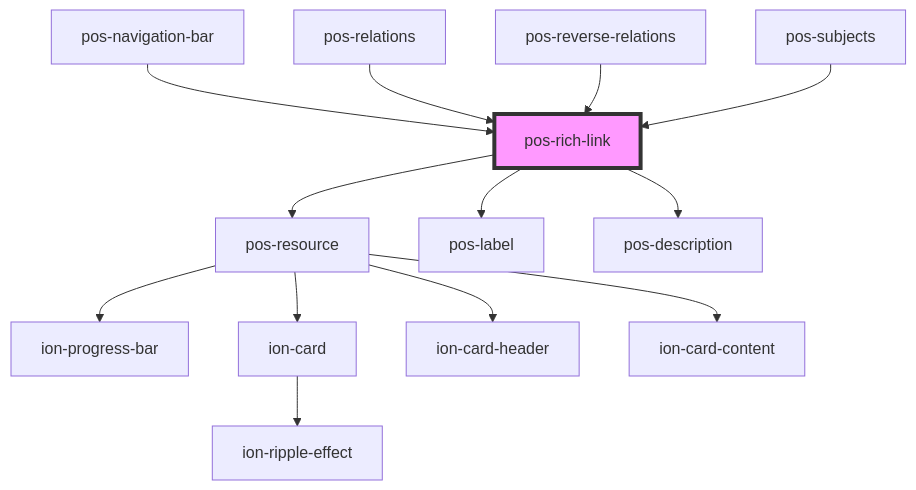
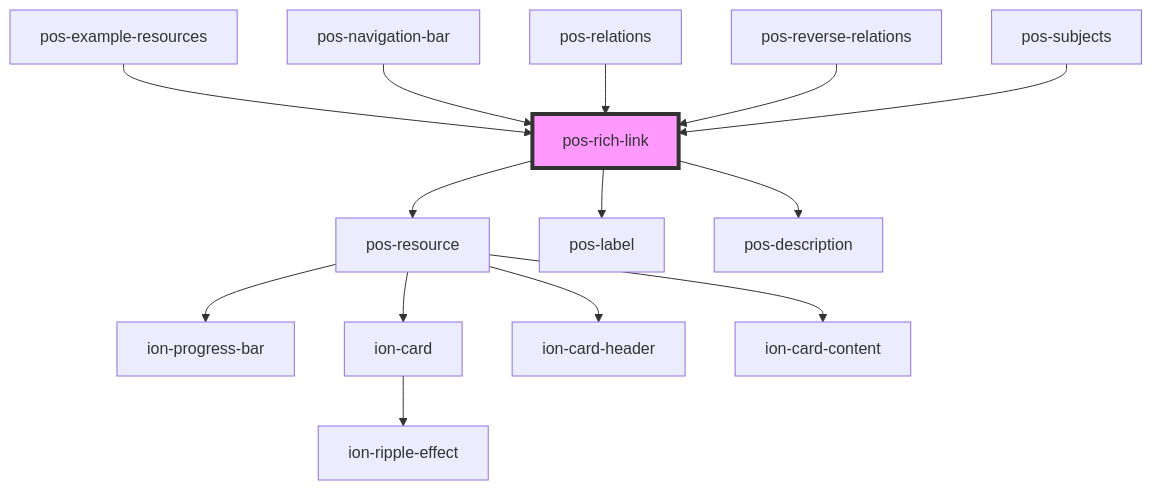
The diagram in docs/elements/components/pos-rich-link/readme.md (pod-os/PodOS), drawn with Mermaid before and after one commit. The commit also changed other lines of this file and 9 other files, not shown here.

````diff
--- a/docs/elements/components/pos-rich-link/readme.md
+++ b/docs/elements/components/pos-rich-link/readme.md
@@ -38,16 +39,17 @@
 ```mermaid
 graph TD;
   pos-rich-link --> pos-resource
   pos-rich-link --> pos-label
   pos-rich-link --> pos-description
   pos-resource --> ion-progress-bar
   pos-resource --> ion-card
   pos-resource --> ion-card-header
   pos-resource --> ion-card-content
   ion-card --> ion-ripple-effect
+  pos-example-resources --> pos-rich-link
   pos-navigation-bar --> pos-rich-link
   pos-relations --> pos-rich-link
   pos-reverse-relations --> pos-rich-link
   pos-subjects --> pos-rich-link
   style pos-rich-link fill:#f9f,stroke:#333,stroke-width:4px
 ```
````
